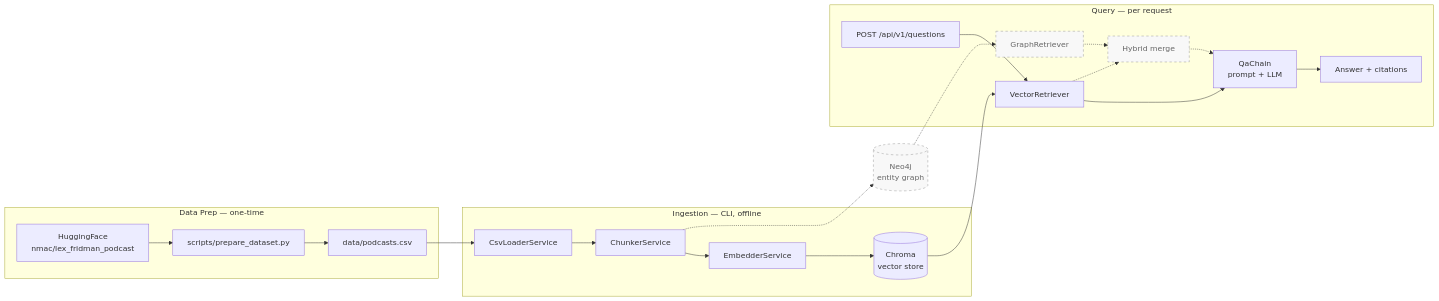
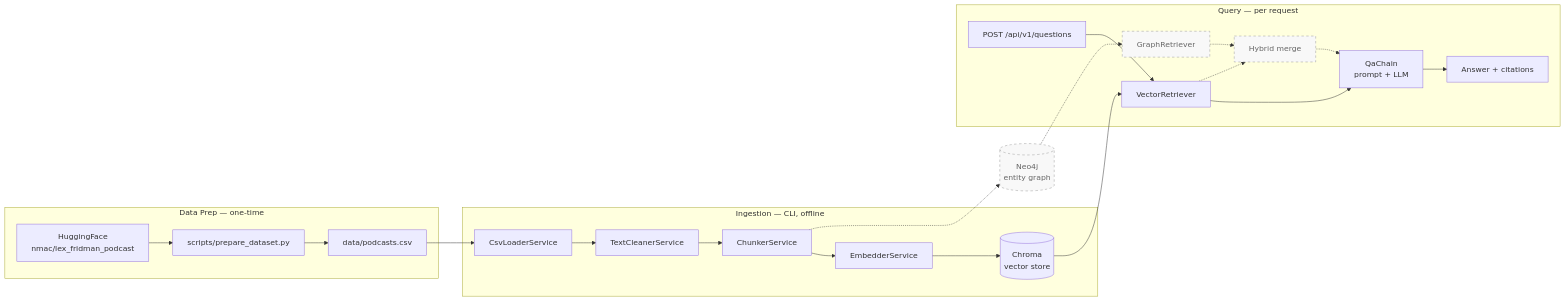
One commit to nuri35/hybrid-rag-podcasts changed the diagram in README.md. Above: the diagram before and after it, drawn with Mermaid. The commit also changed 9 other files, not shown here.

Commit message:
feat: implement TextCleanerService for regex-based text normalization and integrate into ingestion pipeline

````diff
--- a/README.md
+++ b/README.md
@@ -9,40 +9,41 @@
 ```mermaid
 flowchart LR
     subgraph DP["Data Prep — one-time"]
         HF[HuggingFace<br/>nmac/lex_fridman_podcast]
         Script[scripts/prepare_dataset.py]
         CSV[data/podcasts.csv]
     end
 
     subgraph ING["Ingestion — CLI, offline"]
         Loader[CsvLoaderService]
+        Cleaner[TextCleanerService]
         Chunker[ChunkerService]
         Embedder[EmbedderService]
         Chroma[(Chroma<br/>vector store)]
     end
 
     subgraph QRY["Query — per request"]
         API["POST /api/v1/questions"]
         VR[VectorRetriever]
         QA[QaChain<br/>prompt + LLM]
         Ans[Answer + citations]
         GR[GraphRetriever]
         Merge[Hybrid merge]
     end
 
     Neo4j[(Neo4j<br/>entity graph)]
 
     HF --> Script --> CSV --> Loader
-    Loader --> Chunker --> Embedder --> Chroma
+    Loader --> Cleaner --> Chunker --> Embedder --> Chroma
     Chroma --> VR
     API --> VR --> QA --> Ans
 
     Chunker -.-> Neo4j
     Neo4j -.-> GR
     GR -.-> Merge
     VR -.-> Merge
     Merge -.-> QA
 
     classDef future stroke-dasharray: 5 5,fill:#f8f8f8,stroke:#999,color:#666
     class Neo4j,GR,Merge future
 ```
````
